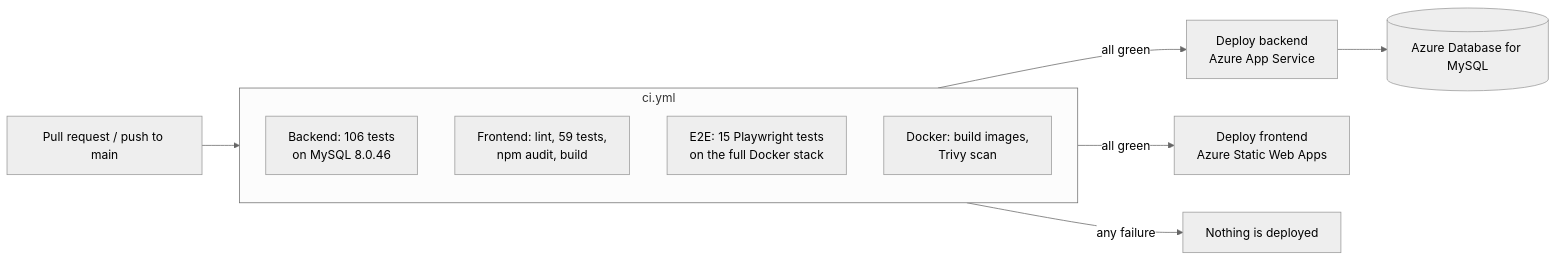
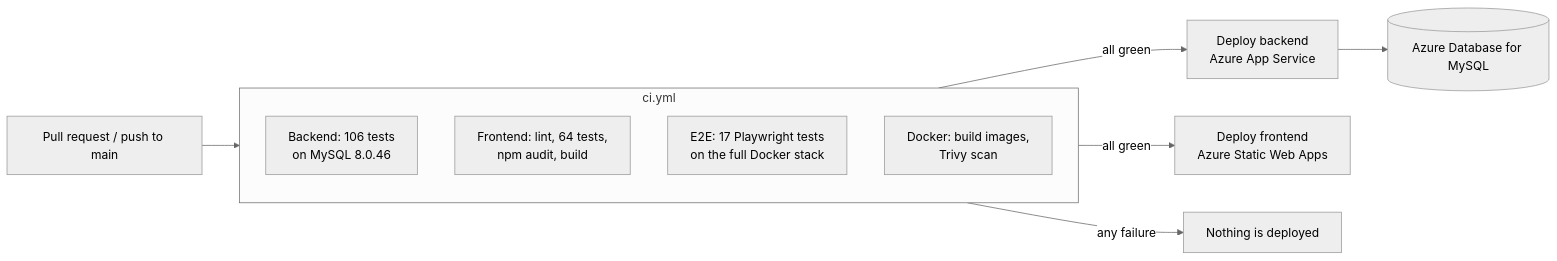
One commit to Mmeghna10/placementhub changed the fourth of 4 diagrams in README.md. Above: the diagram before and after it, drawn with Mermaid (neutral theme). The commit also changed other lines of this file and 5 other files, not shown here.

````diff
--- a/README.md
+++ b/README.md
@@ -338,14 +338,14 @@
 ```mermaid
 flowchart LR
     PR[Pull request / push to main] --> CI
     subgraph CI["ci.yml"]
         B["Backend: 106 tests<br/>on MySQL 8.0.46"]
-        F["Frontend: lint, 59 tests,<br/>npm audit, build"]
-        E["E2E: 15 Playwright tests<br/>on the full Docker stack"]
+        F["Frontend: lint, 64 tests,<br/>npm audit, build"]
+        E["E2E: 17 Playwright tests<br/>on the full Docker stack"]
         D["Docker: build images,<br/>Trivy scan"]
     end
     CI -- all green --> DB["Deploy backend<br/>Azure App Service"]
     CI -- all green --> DF["Deploy frontend<br/>Azure Static Web Apps"]
     CI -- any failure --> X["Nothing is deployed"]
     DB --> M[(Azure Database for MySQL)]
 ```
````
